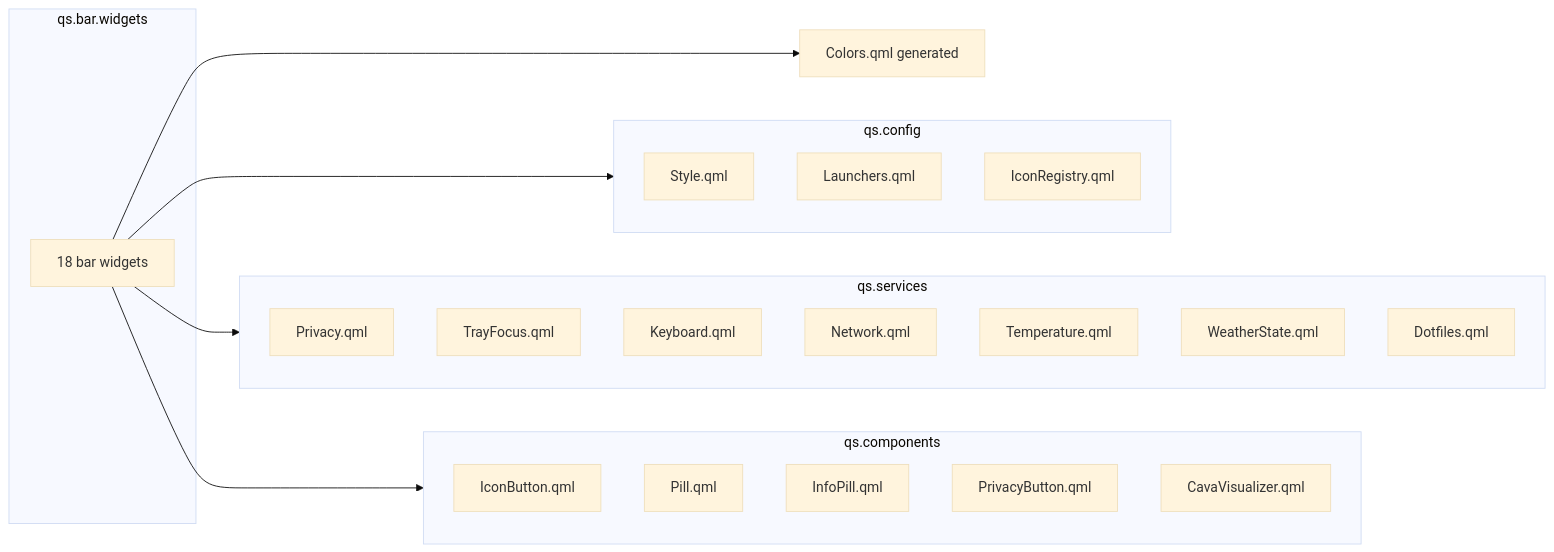
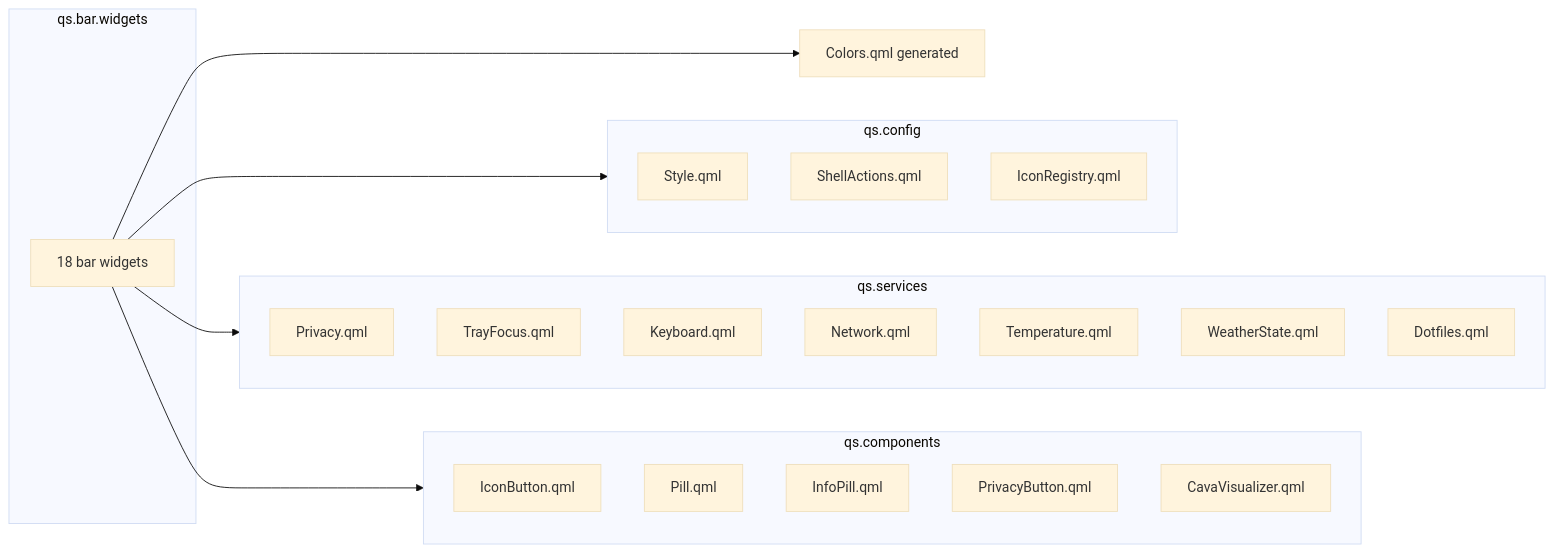
Before and after one commit to Genoux/dotfiles: the second of 4 diagrams in stow/quickshell/.config/quickshell/OVERVIEW.md, drawn with Mermaid (base theme). The commit also changed other lines of this file and 23 other files, not shown here.

Commit message:
chore(quickshell): replace Launchers.qml with ShellActions.qml for improved action handling and update widget interactions

````diff
--- a/stow/quickshell/.config/quickshell/OVERVIEW.md
+++ b/stow/quickshell/.config/quickshell/OVERVIEW.md
@@ -151,33 +151,33 @@
 ```mermaid
 graph LR
     subgraph qs.config
         Style[Style.qml]
-        Launchers[Launchers.qml]
+        ShellActions[ShellActions.qml]
         IconRegistry[IconRegistry.qml]
     end
 
     subgraph qs.services
         Privacy[Privacy.qml]
         TrayFocus[TrayFocus.qml]
         Keyboard[Keyboard.qml]
         Network[Network.qml]
         Temperature[Temperature.qml]
         WeatherState[WeatherState.qml]
         Dotfiles[Dotfiles.qml]
     end
 
     subgraph qs.components
         IconButton[IconButton.qml]
         Pill[Pill.qml]
         InfoPill[InfoPill.qml]
         PrivacyButton[PrivacyButton.qml]
         CavaVisualizer[CavaVisualizer.qml]
     end
 
     subgraph qs.bar.widgets
         W18[18 bar widgets]
     end
 
     W18 --> qs.config & qs.services & qs.components
     W18 --> Colors[Colors.qml generated]
 ```
````
